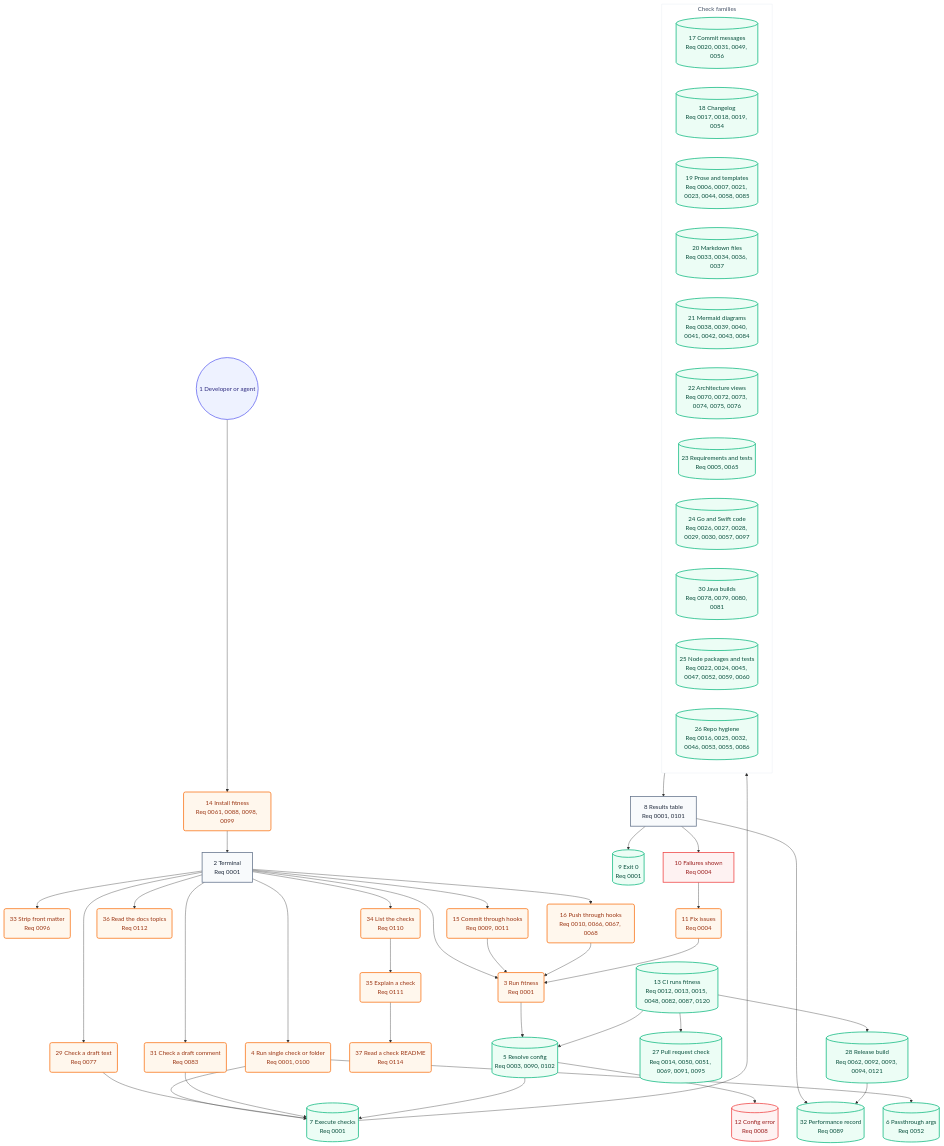
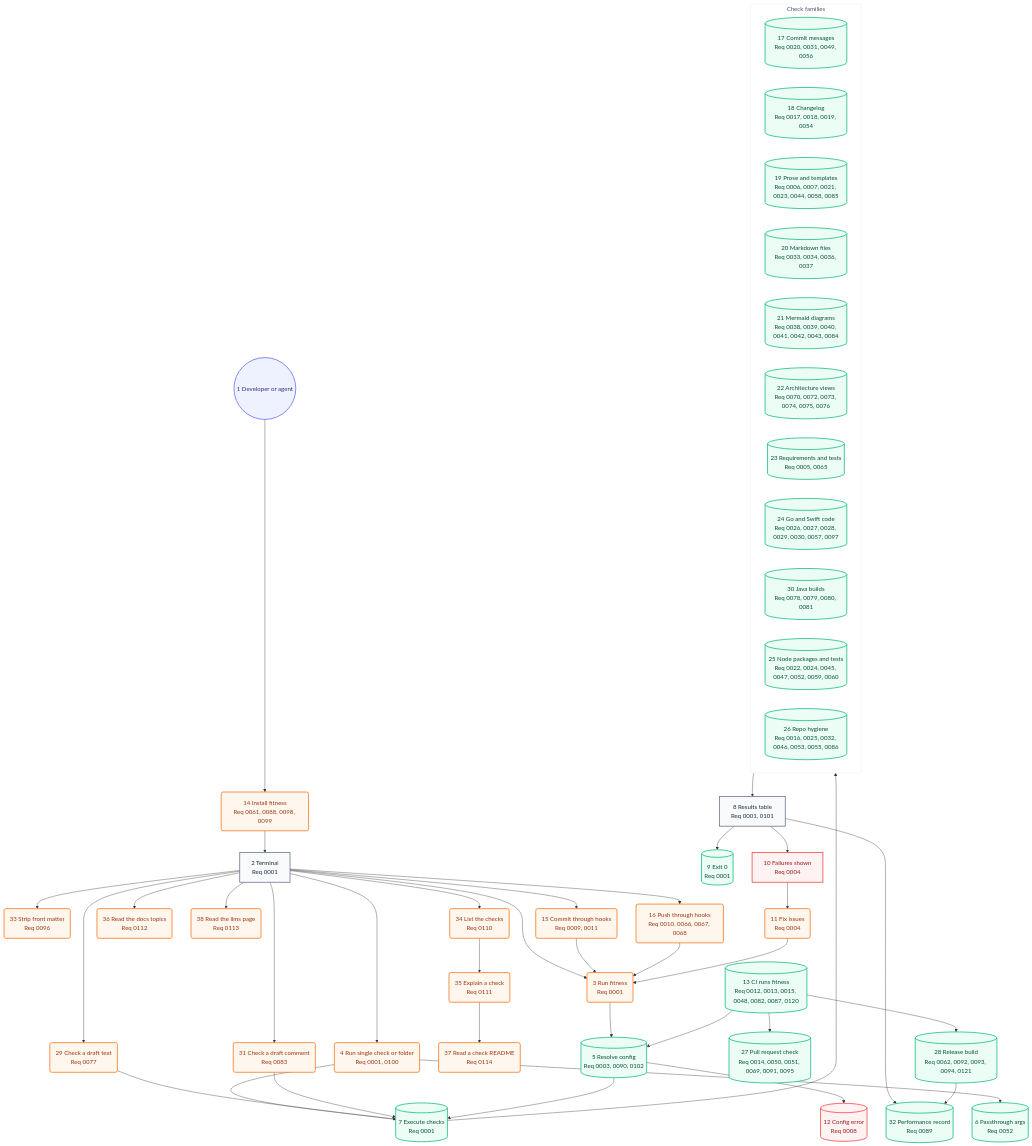
One commit to may-journal/fitness-runner changed the second of 2 diagrams in docs/architecture/05-user-journey.md. Above: the diagram before and after it, drawn with Mermaid. The commit also changed other lines of this file and 23 other files, not shown here.

First line of the commit message:
feat(llms): print one page that teaches an AI the whole CLI (#581)

```diff
--- a/docs/architecture/05-user-journey.md
+++ b/docs/architecture/05-user-journey.md
@@ -51,6 +51,7 @@
     explainCheck(35 Explain a check<br/>Req 0111):::action
     readDocs(36 Read the docs topics<br/>Req 0112):::action
     readReadme(37 Read a check README<br/>Req 0114):::action
+    readLLMs(38 Read the llms page<br/>Req 0113):::action
     commitHook(15 Commit through hooks<br/>Req 0009, 0011):::action
     pushHook(16 Push through hooks<br/>Req 0010, 0066, 0067, 0068):::action
     resolveConfig[(5 Resolve config<br/>Req 0003, 0090, 0102)]:::system
@@ -94,6 +95,7 @@
     listChecks --> explainCheck
     terminal --> readDocs
     explainCheck --> readReadme
+    terminal --> readLLMs
     commitHook --> runFull
     pushHook --> runFull
     runFull --> resolveConfig
```
